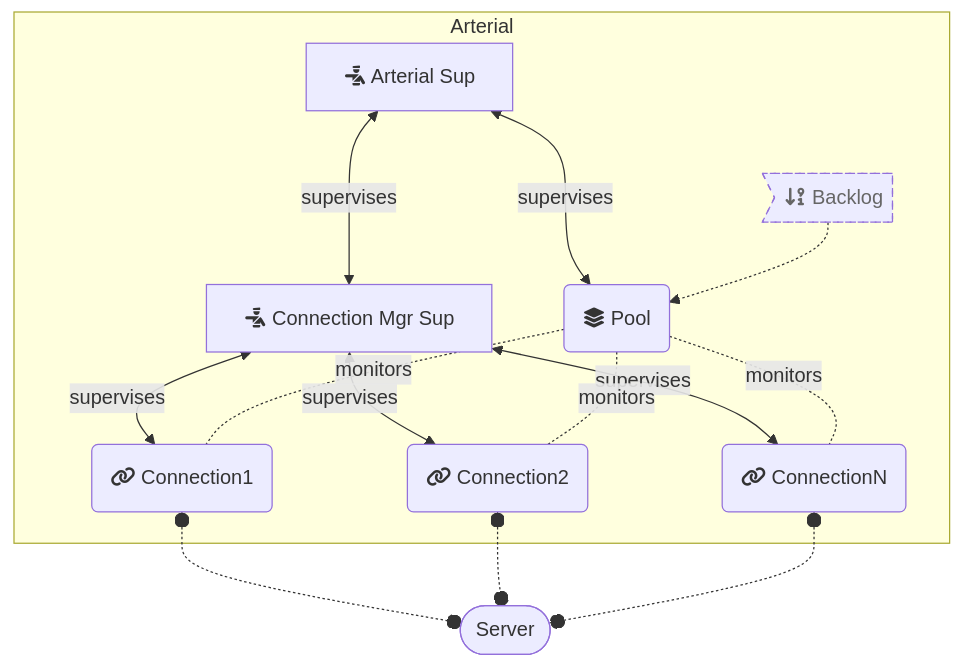
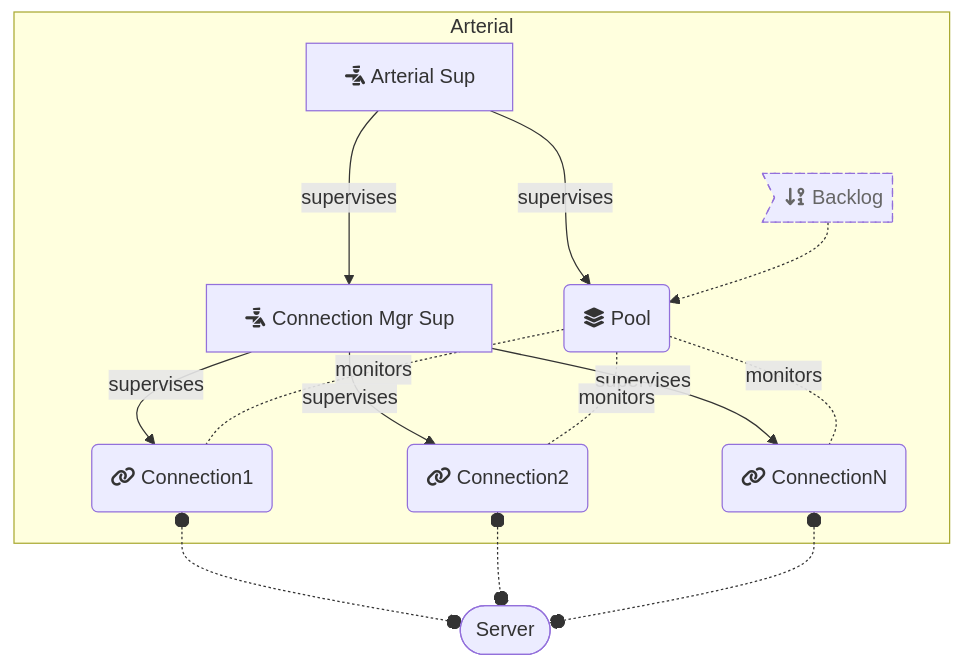
The diagram in README.md (saleyn/arterial), drawn with Mermaid before and after one commit.

````diff
--- a/README.md
+++ b/README.md
@@ -20,18 +20,18 @@
 ```mermaid
 flowchart TD
     subgraph arterial [Arterial]
-    A[fa:fa-person-military-pointing Arterial Sup] <--->|supervises| P(fa:fa-layer-group Pool)
-    A[fa:fa-person-military-pointing Arterial Sup] <--->|supervises| CS[fa:fa-person-military-pointing Connection Mgr Sup]
+    A[fa:fa-person-military-pointing Arterial Sup] --->|supervises| P(fa:fa-layer-group Pool)
+    A[fa:fa-person-military-pointing Arterial Sup] --->|supervises| CS[fa:fa-person-military-pointing Connection Mgr Sup]
     B>fa:fa-arrow-down-9-1 Backlog] -.-> P
     style B stroke-width:1px,color:#666,stroke-dasharray: 5 5
-    CS <-->|supervises| C1(fa:fa-link Connection1)
-    CS <-->|supervises| C2(fa:fa-link Connection2)
-    CS <-->|supervises| CN(fa:fa-link ConnectionN)
+    CS -->|supervises| C1(fa:fa-link Connection1)
+    CS -->|supervises| C2(fa:fa-link Connection2)
+    CS -->|supervises| CN(fa:fa-link ConnectionN)
     P -.-|monitors| C1
     P -.-|monitors| C2
     P -.-|monitors| CN
     end
     C1 o-.-o S([Server])
     C2 o-.-o S
     CN o-.-o S
 ```
````
